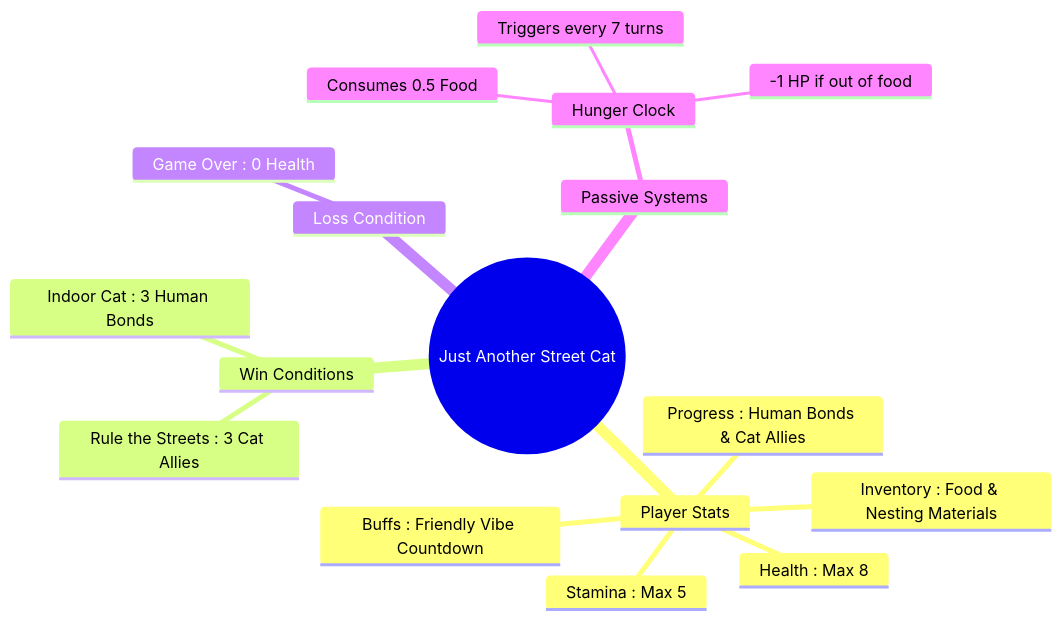
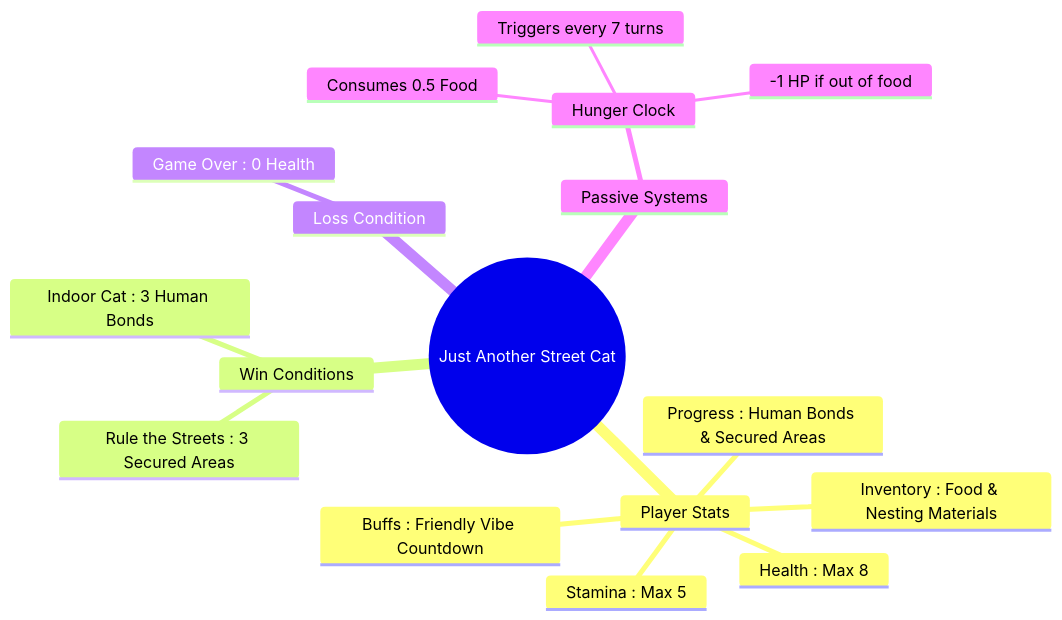
One commit to shamful/Just-Another-Stray-Cat changed the diagram in README.md. Above: the diagram before and after it, drawn with Mermaid. The commit also changed other lines of this file and 4 other files, not shown here.

````diff
--- a/README.md
+++ b/README.md
@@ -9,20 +9,20 @@
 ```mermaid
 mindmap
   root((Just Another Street Cat))
     Player Stats
       Health : Max 8
       Stamina : Max 5
       Inventory : Food & Nesting Materials
-      Progress : Human Bonds & Cat Allies
+      Progress : Human Bonds & Secured Areas
       Buffs : Friendly Vibe Countdown
     Win Conditions
-      Rule the Streets : 3 Cat Allies
+      Rule the Streets : 3 Secured Areas
       Indoor Cat : 3 Human Bonds
     Loss Condition
       Game Over : 0 Health
     Passive Systems
       Hunger Clock
         Triggers every 7 turns
         Consumes 0.5 Food
         -1 HP if out of food
 ```
````
